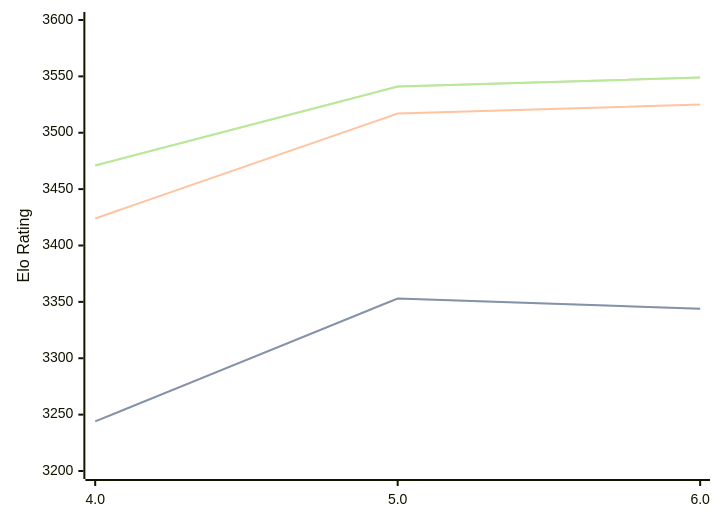
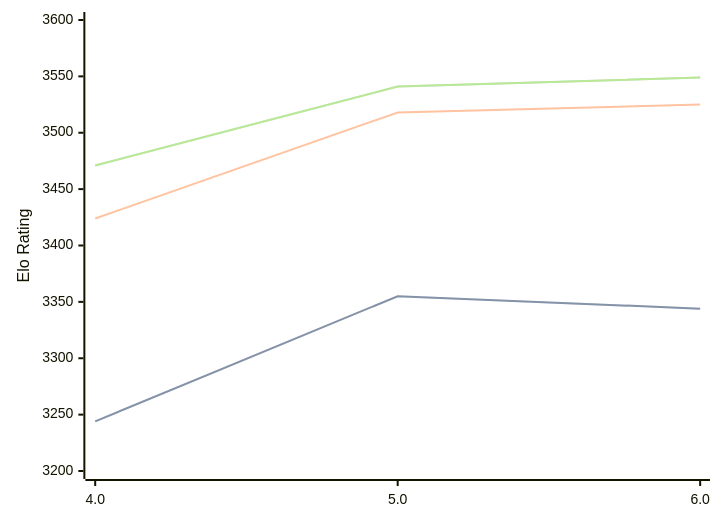
Before and after one commit to computer-chess-index/cci: the diagram in engines/Tarnished.md, drawn with Mermaid. The commit also changed other lines of this file, not shown here.

````diff
--- a/engines/Tarnished.md
+++ b/engines/Tarnished.md
@@ -33,11 +33,11 @@
 ```mermaid
 %%{init: {"theme":"base","themeVariables":{"seriesColors:['#a3a3a3','#222221','#faa371']}}}%%
 xychart-beta
   x-axis ["4.0", "5.0", "6.0"]
   y-axis "Elo Rating" 3200 --> 3600
-  line "STC (8.0+0.08s)" [3244, 3353, 3344]
-  line "STC (8.0+0.08s)" [3244, 3353, 3344]
-  line "LTC (60.0+0.60s)" [3424, 3517, 3525]
+  line "STC (8.0+0.08s)" [3244, 3355, 3344]
+  line "STC (8.0+0.08s)" [3244, 3355, 3344]
+  line "LTC (60.0+0.60s)" [3424, 3518, 3525]
   line "VLTC (2m24s+1.12s)" [3471, 3541, 3549]
   line "VLTC (2m24s+1.12s)" [3471, 3541, 3549]
 ```
````
